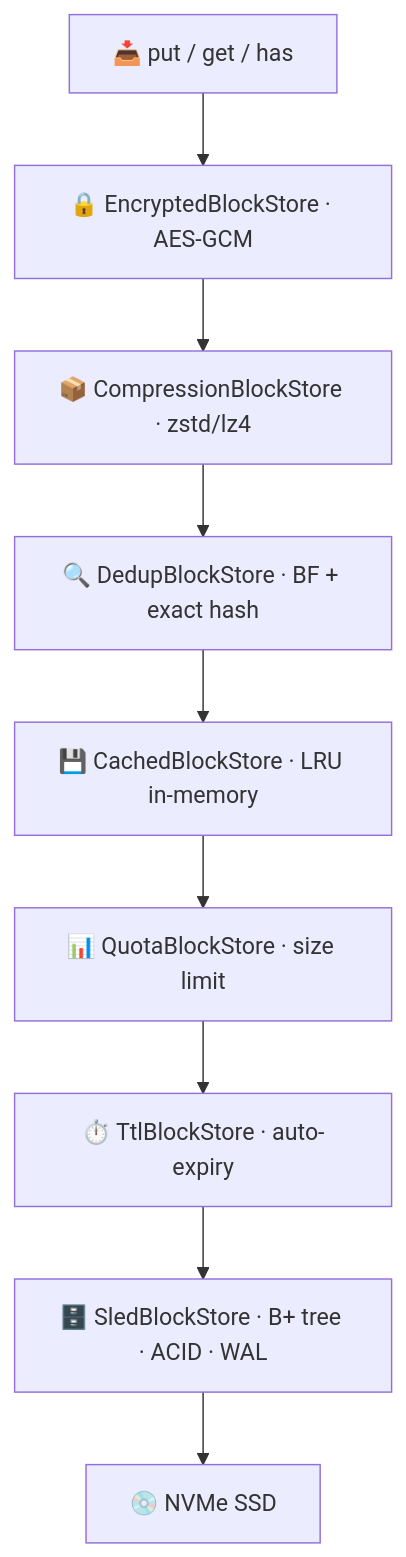
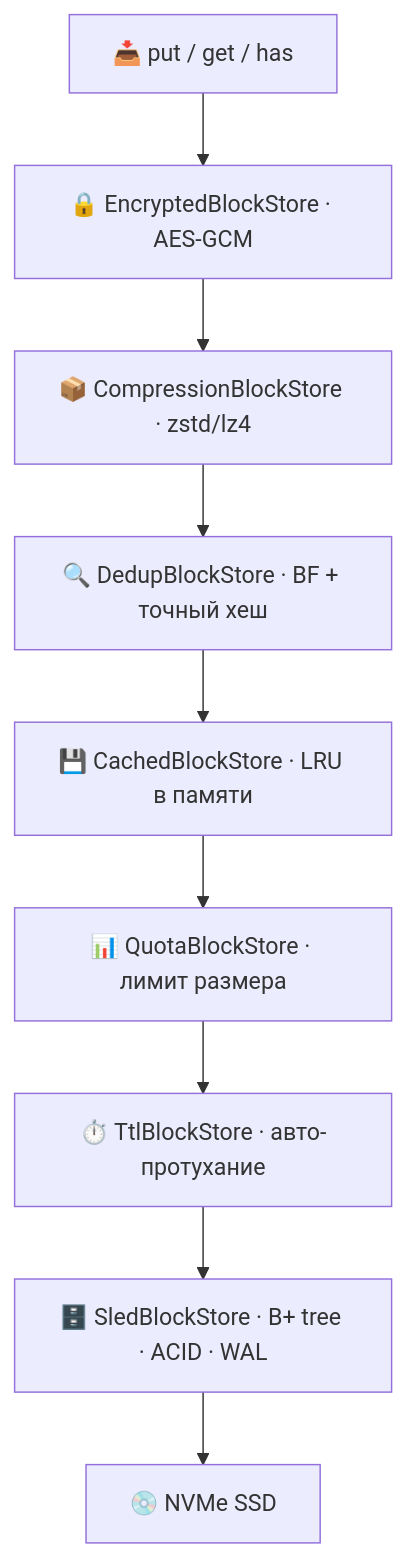
Before and after one commit to yunusovt983-art/ipfrs-ai: the sixth of 8 diagrams in README.md, drawn with Mermaid. The commit also changed other lines of this file, not shown here.

First line of the commit message:
docs: Translate README to Russian + add architecture docs table

````diff
--- a/README.md
+++ b/README.md
@@ -156,14 +156,14 @@
 ```mermaid
 graph TD
     REQ["📥 put / get / has"]
     D1["🔒 EncryptedBlockStore · AES-GCM"]
     D2["📦 CompressionBlockStore · zstd/lz4"]
-    D3["🔍 DedupBlockStore · BF + exact hash"]
-    D4["💾 CachedBlockStore · LRU in-memory"]
-    D5["📊 QuotaBlockStore · size limit"]
-    D6["⏱️ TtlBlockStore · auto-expiry"]
+    D3["🔍 DedupBlockStore · BF + точный хеш"]
+    D4["💾 CachedBlockStore · LRU в памяти"]
+    D5["📊 QuotaBlockStore · лимит размера"]
+    D6["⏱️ TtlBlockStore · авто-протухание"]
     IMPL["🗄️ SledBlockStore · B+ tree · ACID · WAL"]
     DISK["💿 NVMe SSD"]
 
     REQ --> D1 --> D2 --> D3 --> D4 --> D5 --> D6 --> IMPL --> DISK
 ```
````
